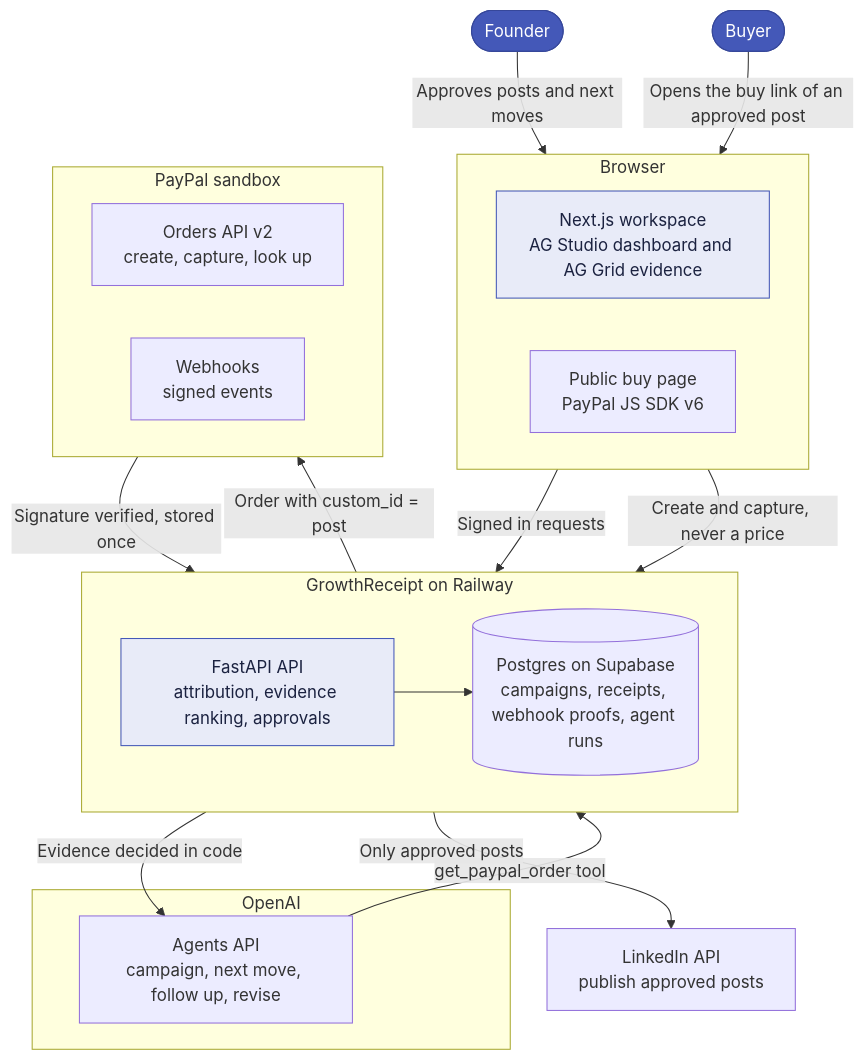
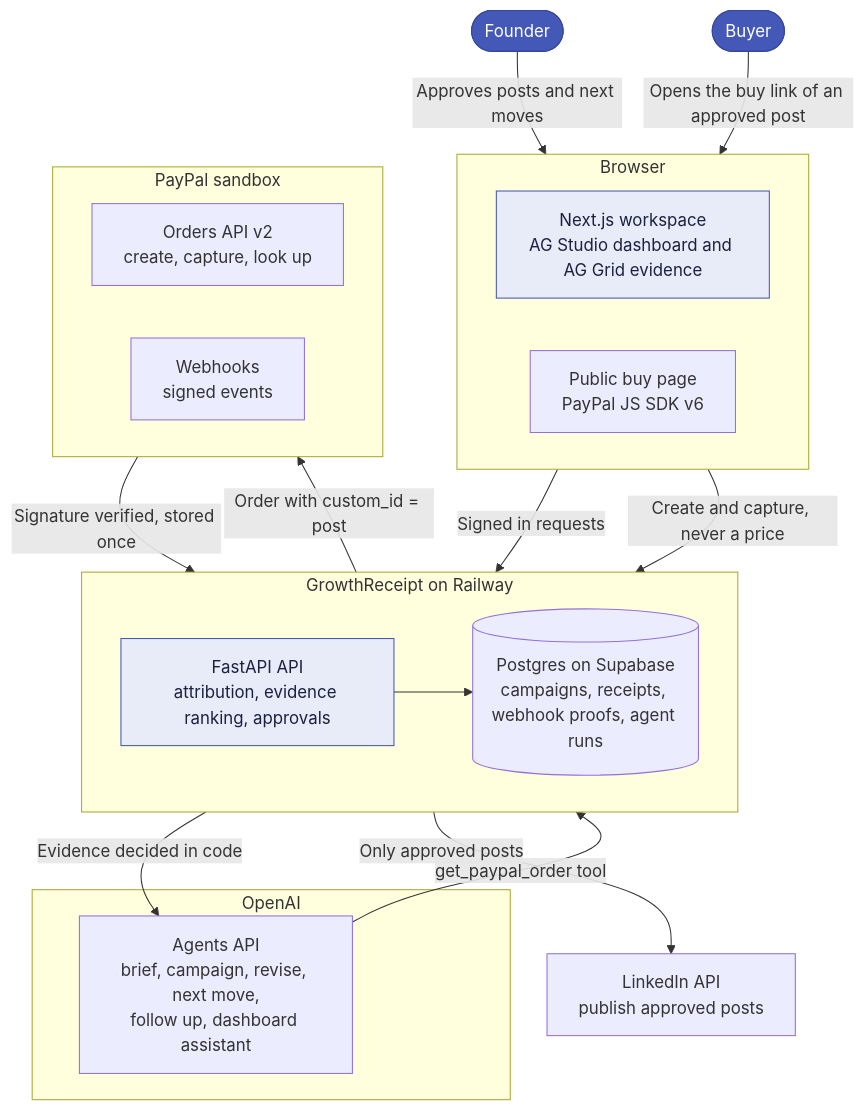
Before and after one commit to tekbel/growthreceipt: the first of 5 diagrams in docs/hackathon/architecture.md, drawn with Mermaid. The commit also changed other lines of this file and 8 other files, not shown here.

````diff
--- a/docs/hackathon/architecture.md
+++ b/docs/hackathon/architecture.md
@@ -29,45 +29,45 @@
 ```mermaid
 flowchart TB
   founder([Founder])
   buyer([Buyer])
 
   subgraph browser [Browser]
     direction LR
     web[Next.js workspace<br/>AG Studio dashboard and AG Grid evidence]
     buy[Public buy page<br/>PayPal JS SDK v6]
   end
 
   subgraph gr [GrowthReceipt on Railway]
     direction LR
     api[FastAPI API<br/>attribution, evidence ranking, approvals]
     db[(Postgres on Supabase<br/>campaigns, receipts, webhook proofs, agent runs)]
   end
 
   subgraph paypal [PayPal sandbox]
     direction LR
     orders[Orders API v2<br/>create, capture, look up]
     hooks[Webhooks<br/>signed events]
   end
 
   subgraph ai [OpenAI]
-    agents[Agents API<br/>campaign, next move, follow up, revise]
+    agents[Agents API<br/>brief, campaign, revise, next move,<br/>follow up, dashboard assistant]
   end
 
   linkedin[LinkedIn API<br/>publish approved posts]
 
   founder -->|Approves posts and next moves| web
   buyer -->|Opens the buy link of an approved post| buy
   web -->|Signed in requests| api
   buy -->|Create and capture, never a price| api
   api -->|Order with custom_id = post| orders
   hooks -->|Signature verified, stored once| api
   api -->|Evidence decided in code| agents
   agents -->|get_paypal_order tool| api
   api --> db
   api -->|Only approved posts| linkedin
 
   classDef human fill:#4458b8,stroke:#36479a,color:#ffffff
   classDef gate fill:#e8ebf8,stroke:#4458b8,color:#1b2240
   class founder,buyer human
   class web,api gate
 ```
````
